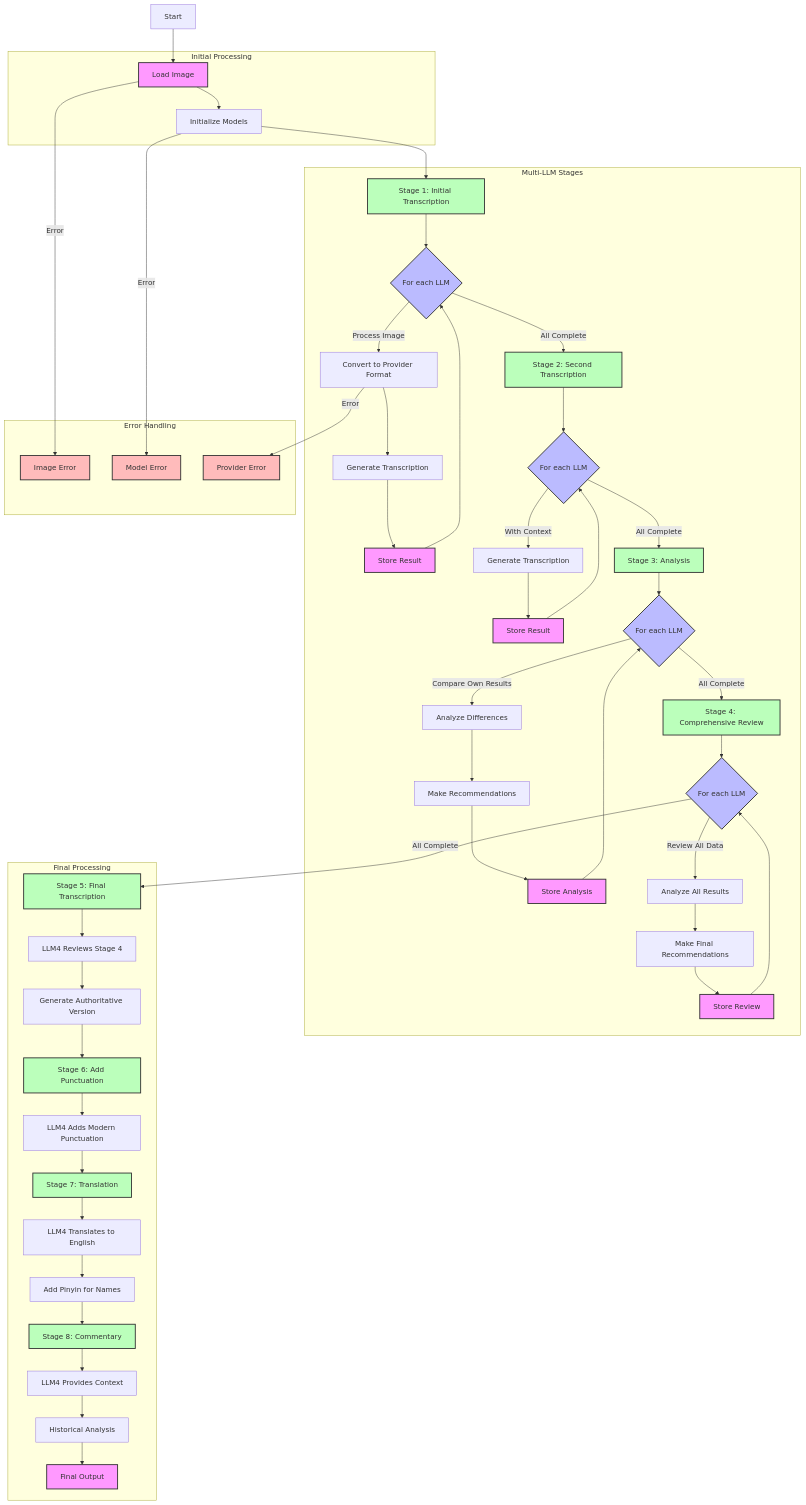
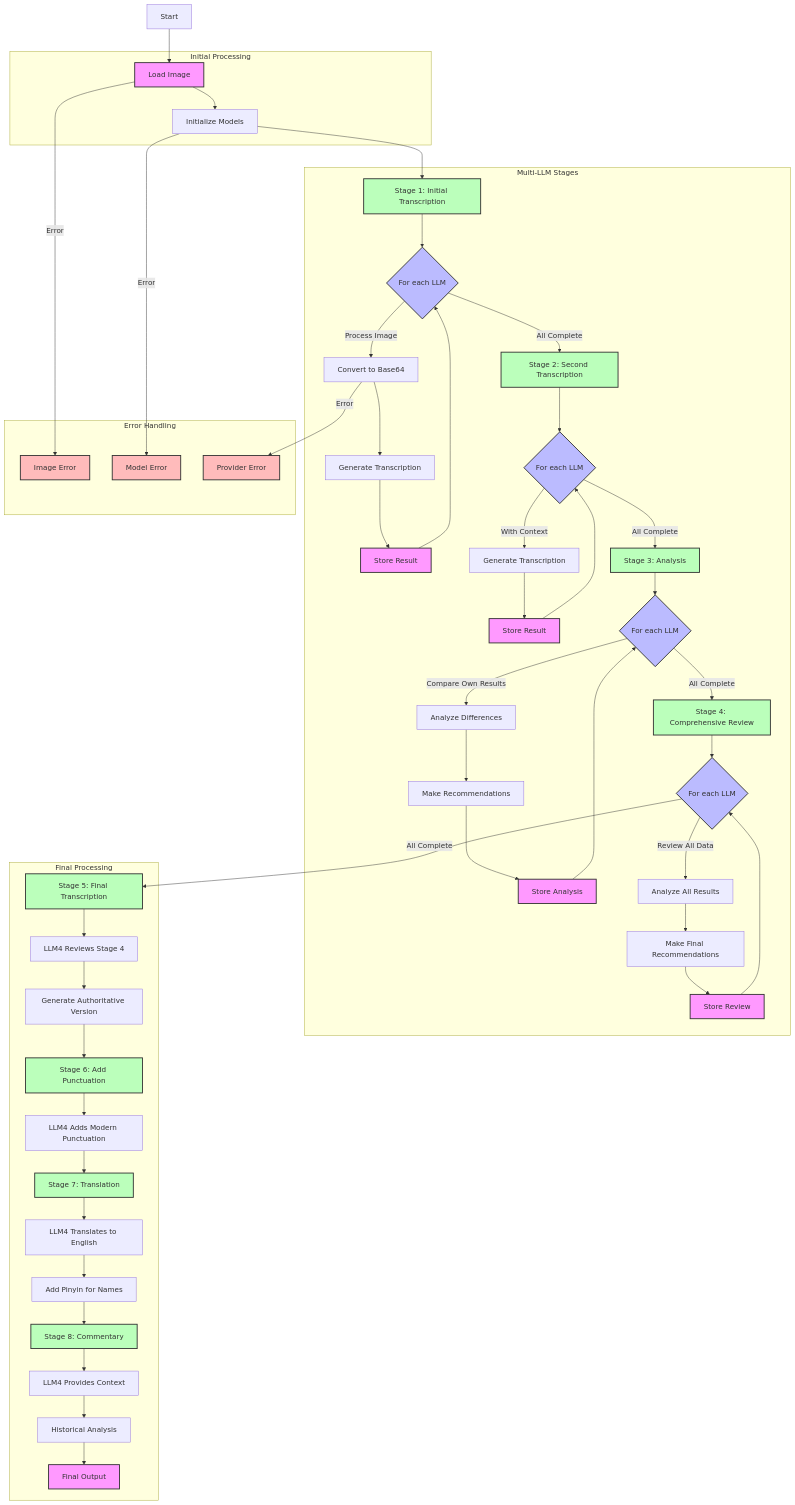
Before and after one commit to reggiechan74/chinese-family-tree-transcription: the diagram in program_flow.md, drawn with Mermaid. The commit also changed other lines of this file and 5 other files, not shown here.

```diff
--- a/program_flow.md
+++ b/program_flow.md
@@ -13,7 +13,7 @@
     
     C --> D[Stage 1: Initial Transcription]
     D --> D1{For each LLM}
-    D1 --> |Process Image| D2[Convert to Provider Format]
+    D1 --> |Process Image| D2[Convert to Base64]
     D2 --> D3[Generate Transcription]
     D3 --> D4[Store Result]
     D4 --> D1
```
